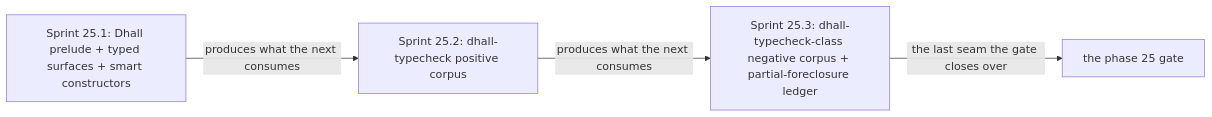
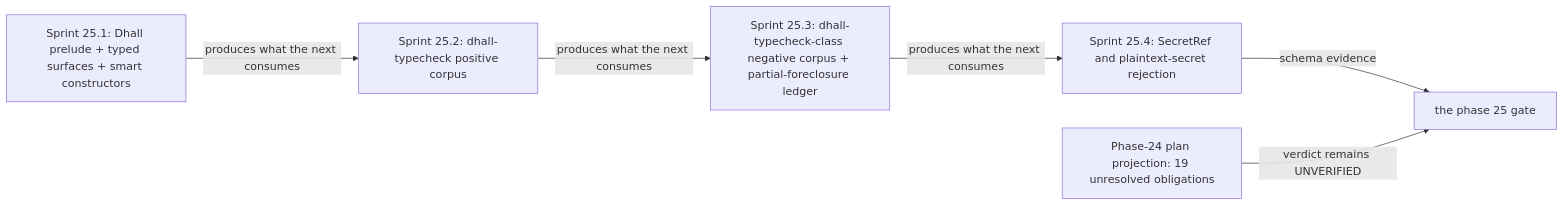
Before and after one commit to Tuee22/amoebius: the diagram in DEVELOPMENT_PLAN/phase_25_dhall_schema_generation.md, drawn with Mermaid. The commit also changed other lines of this file and 618 other files, not shown here.

````diff
--- a/DEVELOPMENT_PLAN/phase_25_dhall_schema_generation.md
+++ b/DEVELOPMENT_PLAN/phase_25_dhall_schema_generation.md
@@ -182,11 +192,15 @@
 ```mermaid
 flowchart LR
   %% register: orientation
   s0["Sprint 25.1: Dhall prelude + typed surfaces + smart constructors"]
   s1["Sprint 25.2: dhall-typecheck positive corpus"]
   s2["Sprint 25.3: dhall-typecheck-class negative corpus + partial-foreclosure ledger"]
+  s3["Sprint 25.4: SecretRef and plaintext-secret rejection"]
+  projection["Phase-24 plan projection: 19 unresolved obligations"]
   gate["the phase 25 gate"]
   s0 -->|"produces what the next consumes"| s1
   s1 -->|"produces what the next consumes"| s2
-  s2 -->|"the last seam the gate closes over"| gate
+  s2 -->|"produces what the next consumes"| s3
+  s3 -->|"schema evidence"| gate
+  projection -->|"verdict remains UNVERIFIED"| gate
 ```
````
